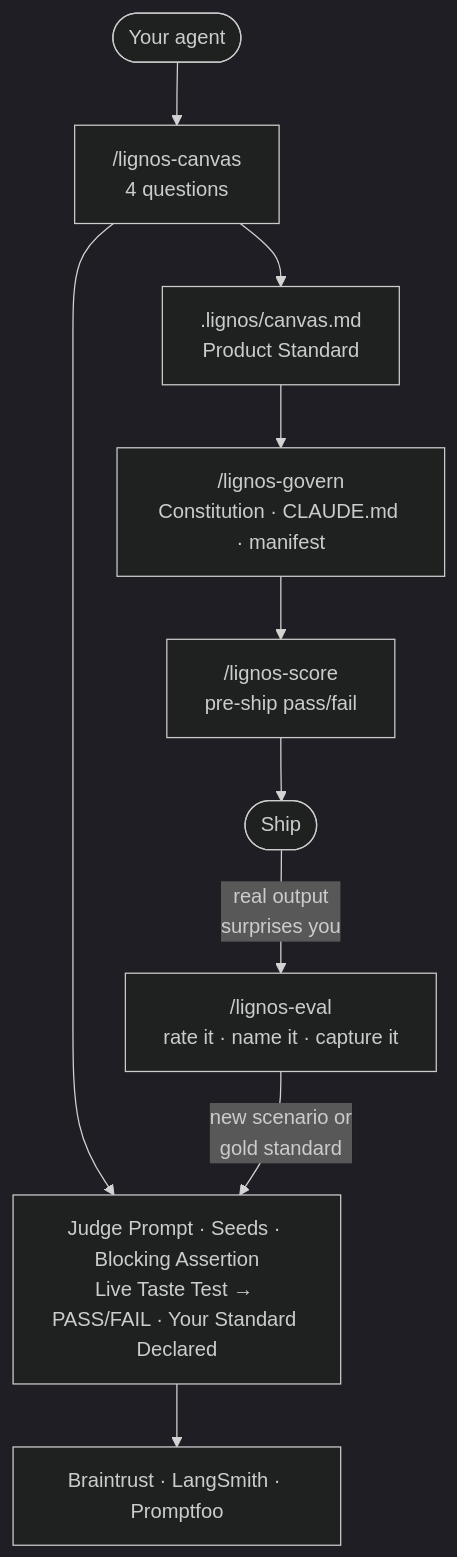
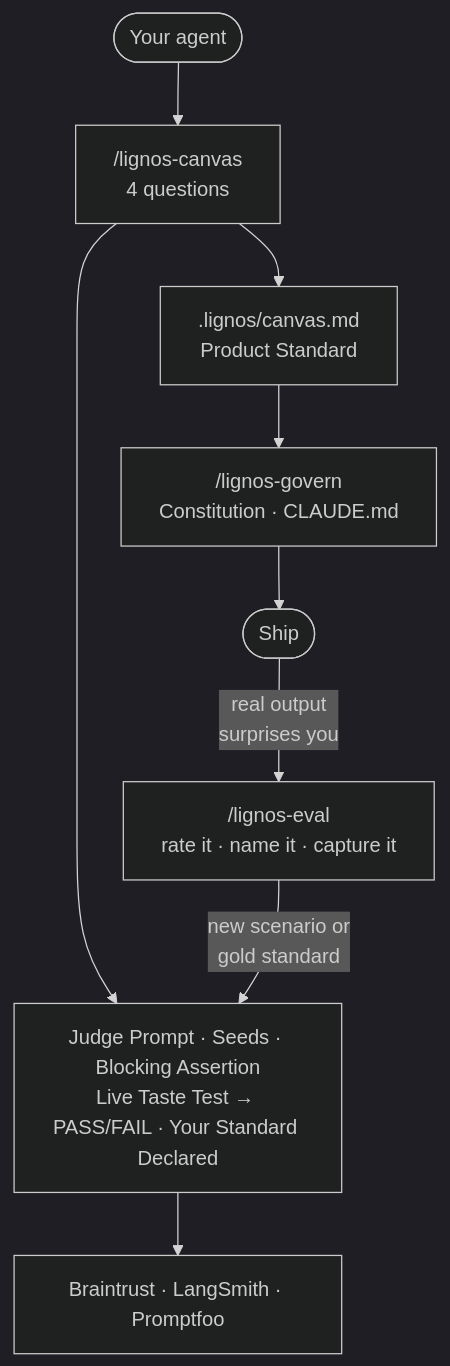
The diagram in README.md (lignos-ai/lignos-labs), drawn with Mermaid (dark theme) before and after one commit. The commit also changed 7 other files, not shown here.

Commit message:
remove: /lignos-score skill — static prompt check absorbed into govern; dynamic eval belongs in /lignos-eval

````diff
--- a/README.md
+++ b/README.md
@@ -57,17 +57,16 @@
 ```mermaid
 flowchart TD
     Start(["Your agent"]) --> Canvas
 
     Canvas["/lignos-canvas\n4 questions"]
     Canvas --> Standard[".lignos/canvas.md\nProduct Standard"]
     Canvas --> EvalSet["Judge Prompt · Seeds · Blocking Assertion\nLive Taste Test → PASS/FAIL · Your Standard Declared"]
 
-    Standard --> Govern["/lignos-govern\nConstitution · CLAUDE.md · manifest"]
-    Govern --> Score["/lignos-score\npre-ship pass/fail"]
-    Score --> Ship(["Ship"])
+    Standard --> Govern["/lignos-govern\nConstitution · CLAUDE.md"]
+    Govern --> Ship(["Ship"])
 
     EvalSet --> Platforms["Braintrust · LangSmith · Promptfoo"]
 
     Ship -->|"real output\nsurprises you"| Intake["/lignos-eval\nrate it · name it · capture it"]
     Intake -->|"new scenario or\ngold standard"| EvalSet
 ```
````
